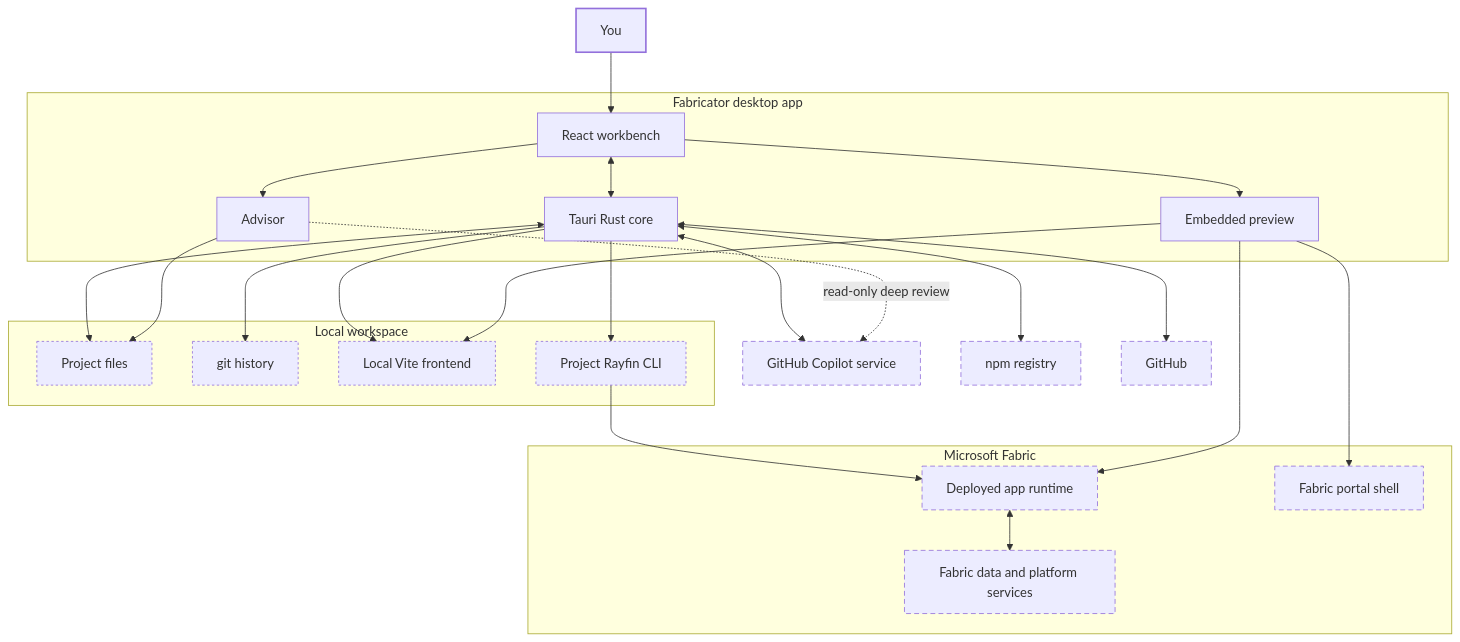
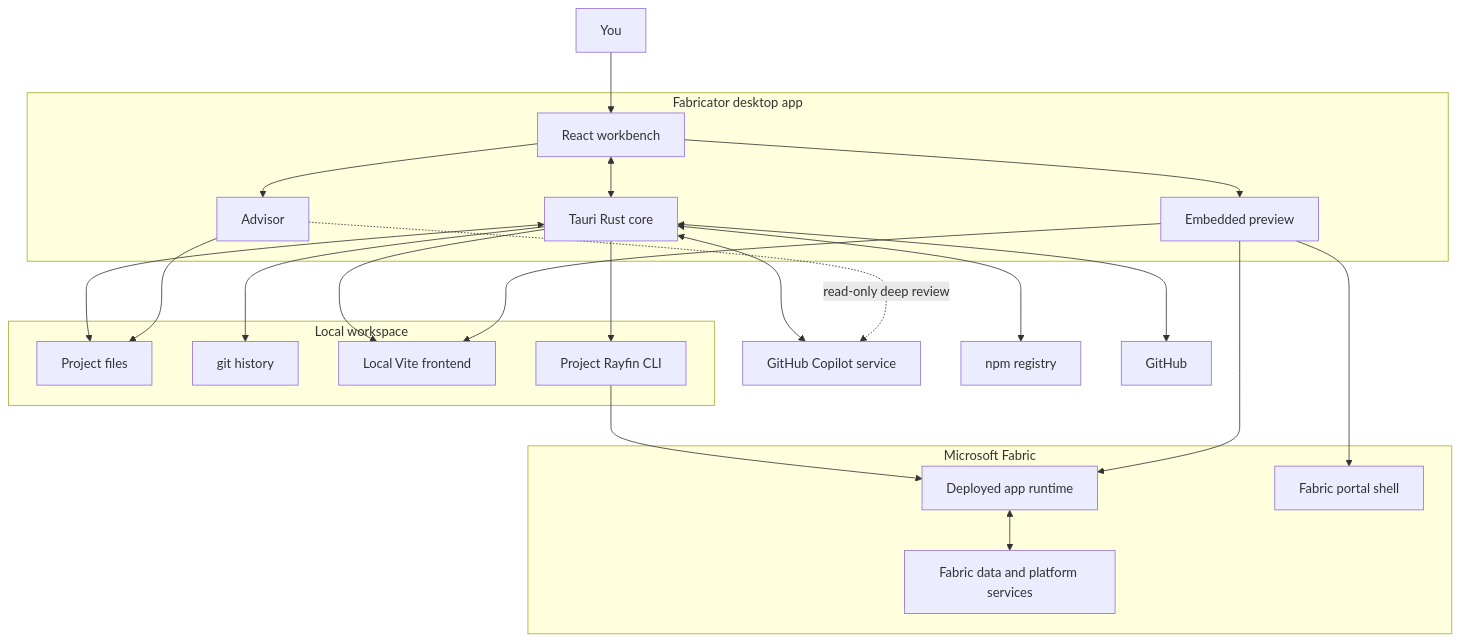
One commit to BeSmarterWithData/rayfin-fabricator changed the diagram in website/content/docs/reference/how-it-works.mdx. Above: the diagram before and after it, drawn with Mermaid. The commit also changed 2 other files, not shown here.

Commit message:
Lint Mermaid styling in the docs and fix CRLF checkouts
check-docs now rejects classDef, style and linkStyle in Mermaid fences, and
unknown node classes; the site injects theme-aware styles for the semantic
classes. It also reads pages with LF line endings: on a Windows checkout with
CRLF, its line-anchored fence patterns never matched, so fence checks were
silently skipped locally. That is how the How Fabricator works diagram kept
its classDef overrides, which are removed here.

````diff
--- a/website/content/docs/reference/how-it-works.mdx
+++ b/website/content/docs/reference/how-it-works.mdx
@@ -33,59 +33,53 @@
 ```mermaid
 flowchart TD
   User["You"]
 
   subgraph Desktop["Fabricator desktop app"]
     UI["React workbench"]
     Core["Tauri Rust core"]
     Preview["Embedded preview"]
     Advisor["Advisor"]
   end
 
   subgraph Local["Local workspace"]
     Files["Project files"]
     Git["git history"]
     Vite["Local Vite frontend"]
     RayfinCli["Project Rayfin CLI"]
   end
 
   Copilot["GitHub Copilot service"]
   Npm["npm registry"]
   GitHub["GitHub"]
 
   subgraph Fabric["Microsoft Fabric"]
     Runtime["Deployed app runtime"]
     Data["Fabric data and platform services"]
     Portal["Fabric portal shell"]
   end
 
   User --> UI
   UI <--> Core
   UI --> Preview
   UI --> Advisor
   Core <--> Files
   Core --> Git
   Core --> Vite
   Core --> RayfinCli
   Core <--> Copilot
   Core <--> GitHub
   Core <--> Npm
   RayfinCli --> Runtime
   Runtime <--> Data
   Preview --> Vite
   Preview --> Runtime
   Preview --> Portal
   Advisor --> Files
   Advisor -. "read-only deep review" .-> Copilot
 
   class User actor
   class UI,Core,Preview,Advisor service
   class Files,Git,Vite,RayfinCli store
   class Copilot,Npm,GitHub external
   class Runtime,Data,Portal external
-
-  classDef actor stroke-width:2px;
-  classDef service stroke-width:1px;
-  classDef store stroke-dasharray:3 3;
-  classDef external stroke-dasharray:6 4;
-  classDef experimental stroke-dasharray:2 2;
 ```
````
